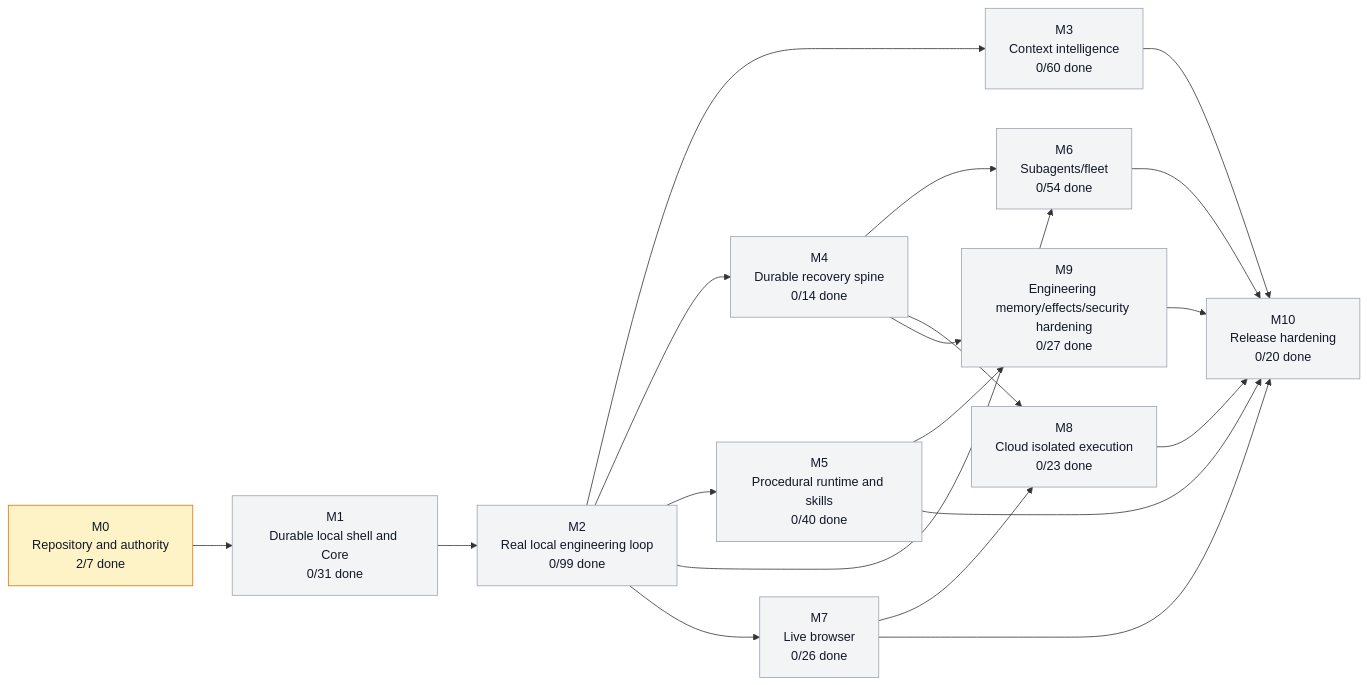
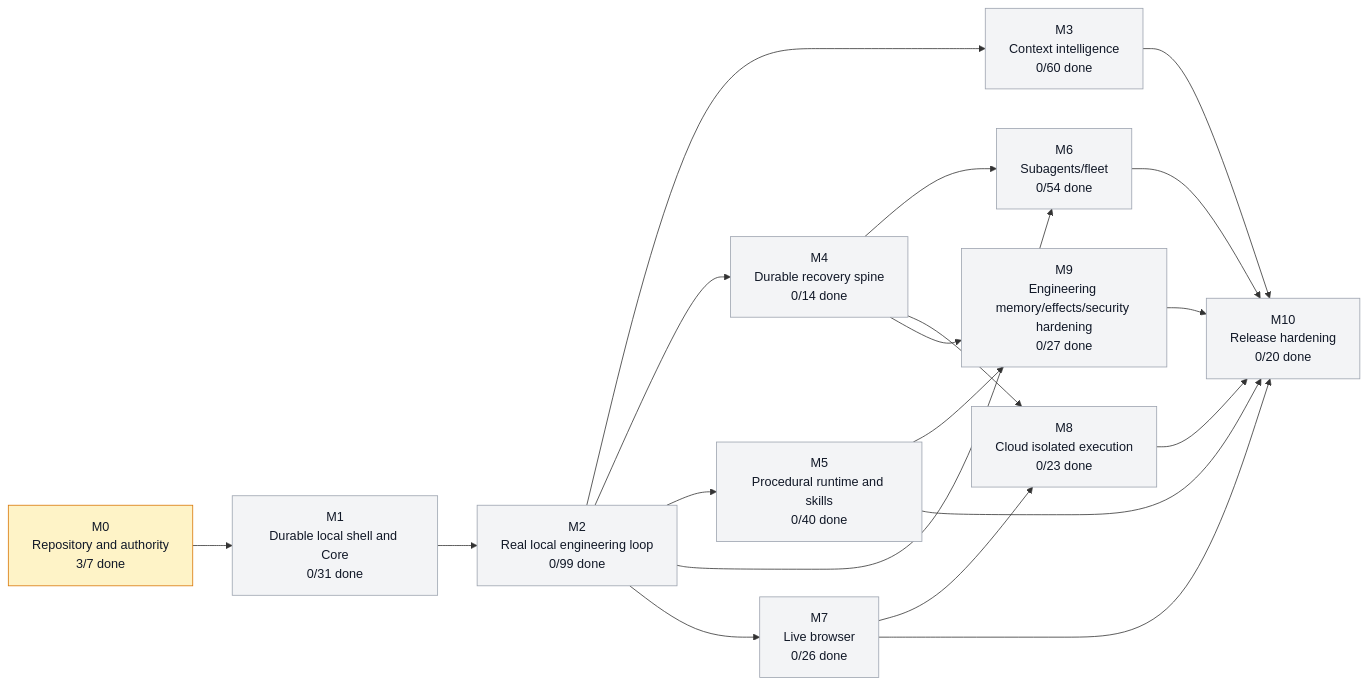
Before and after one commit to moss101/modbit: the first of 5 diagrams in graph/PROJECT_GRAPH.md, drawn with Mermaid. The commit also changed other lines of this file and 6 other files, not shown here.

````diff
--- a/graph/PROJECT_GRAPH.md
+++ b/graph/PROJECT_GRAPH.md
@@ -57,43 +57,43 @@
 ```mermaid
 flowchart LR
-  M0["M0<br/>Repository and authority<br/>2/7 done"]
+  M0["M0<br/>Repository and authority<br/>3/7 done"]
   M1["M1<br/>Durable local shell and Core<br/>0/31 done"]
   M2["M2<br/>Real local engineering loop<br/>0/99 done"]
   M3["M3<br/>Context intelligence<br/>0/60 done"]
   M4["M4<br/>Durable recovery spine<br/>0/14 done"]
   M5["M5<br/>Procedural runtime and skills<br/>0/40 done"]
   M6["M6<br/>Subagents/fleet<br/>0/54 done"]
   M7["M7<br/>Live browser<br/>0/26 done"]
   M8["M8<br/>Cloud isolated execution<br/>0/23 done"]
   M9["M9<br/>Engineering memory/effects/security hardening<br/>0/27 done"]
   M10["M10<br/>Release hardening<br/>0/20 done"]
   M0 --> M1
   M1 --> M2
   M2 --> M3
   M2 --> M4
   M2 --> M5
   M2 --> M6
   M4 --> M6
   M2 --> M7
   M4 --> M8
   M7 --> M8
   M4 --> M9
   M5 --> M9
   M3 --> M10
   M5 --> M10
   M6 --> M10
   M7 --> M10
   M8 --> M10
   M9 --> M10
   style M0 fill:#fef3c7,stroke:#d97706,color:#111827
   style M1 fill:#f3f4f6,stroke:#9ca3af,color:#111827
   style M2 fill:#f3f4f6,stroke:#9ca3af,color:#111827
   style M3 fill:#f3f4f6,stroke:#9ca3af,color:#111827
   style M4 fill:#f3f4f6,stroke:#9ca3af,color:#111827
   style M5 fill:#f3f4f6,stroke:#9ca3af,color:#111827
   style M6 fill:#f3f4f6,stroke:#9ca3af,color:#111827
   style M7 fill:#f3f4f6,stroke:#9ca3af,color:#111827
   style M8 fill:#f3f4f6,stroke:#9ca3af,color:#111827
   style M9 fill:#f3f4f6,stroke:#9ca3af,color:#111827
   style M10 fill:#f3f4f6,stroke:#9ca3af,color:#111827
 ```
````
